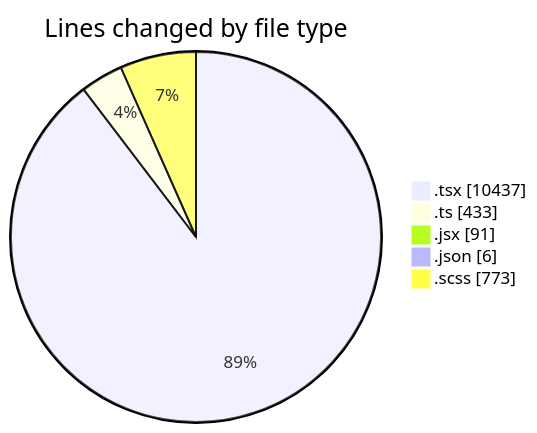
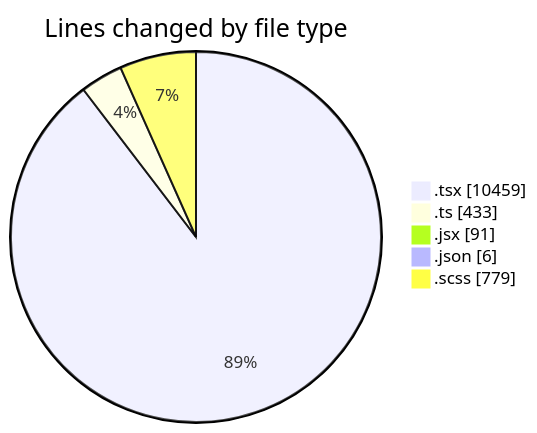
Before and after one commit to momahboobian/code-tracking: the first of 2 diagrams in 2026-04-27/cda/README.md, drawn with Mermaid. The commit also changed other lines of this file and 1 other file, not shown here.

````diff
--- a/2026-04-27/cda/README.md
+++ b/2026-04-27/cda/README.md
@@ -56,9 +56,9 @@
 ```mermaid
 pie showData
 title Lines changed by file type
-".tsx" : 10437
+".tsx" : 10459
 ".ts" : 433
 ".jsx" : 91
 ".json" : 6
-".scss" : 773
+".scss" : 779
 ```
````
